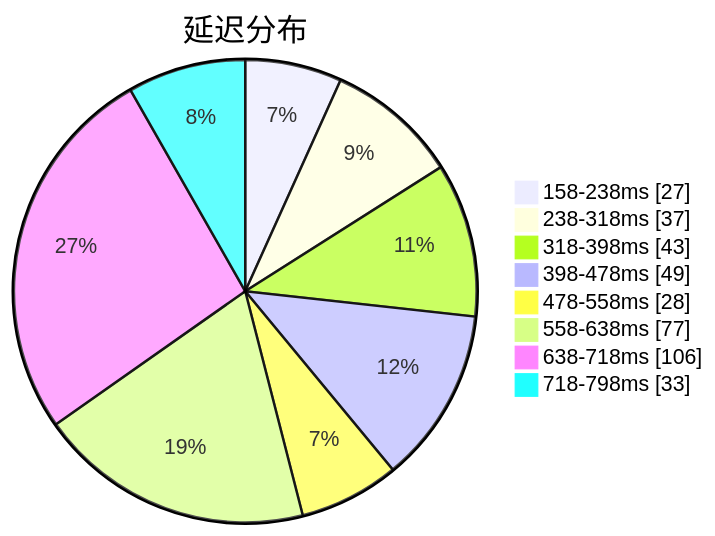
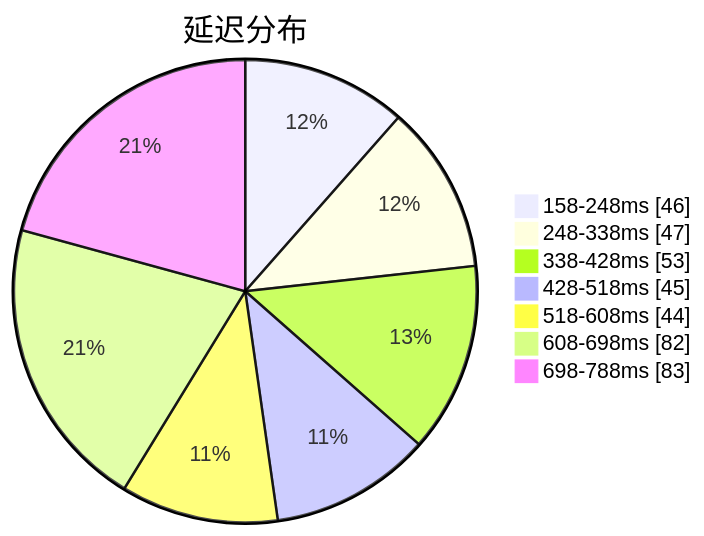
The first of 3 diagrams in subs/statistics/tested_within.md (qjlxg/airport), drawn with Mermaid before and after one commit. The commit also changed other lines of this file and 2 other files, not shown here.

````diff
--- a/subs/statistics/tested_within.md
+++ b/subs/statistics/tested_within.md
@@ -2,12 +2,11 @@
 ```mermaid
 pie showData
 title 延迟分布
-"158-238ms" : 27
-"238-318ms" : 37
-"318-398ms" : 43
-"398-478ms" : 49
-"478-558ms" : 28
-"558-638ms" : 77
-"638-718ms" : 106
-"718-798ms" : 33
+"158-248ms" : 46
+"248-338ms" : 47
+"338-428ms" : 53
+"428-518ms" : 45
+"518-608ms" : 44
+"608-698ms" : 82
+"698-788ms" : 83
 ```
````
